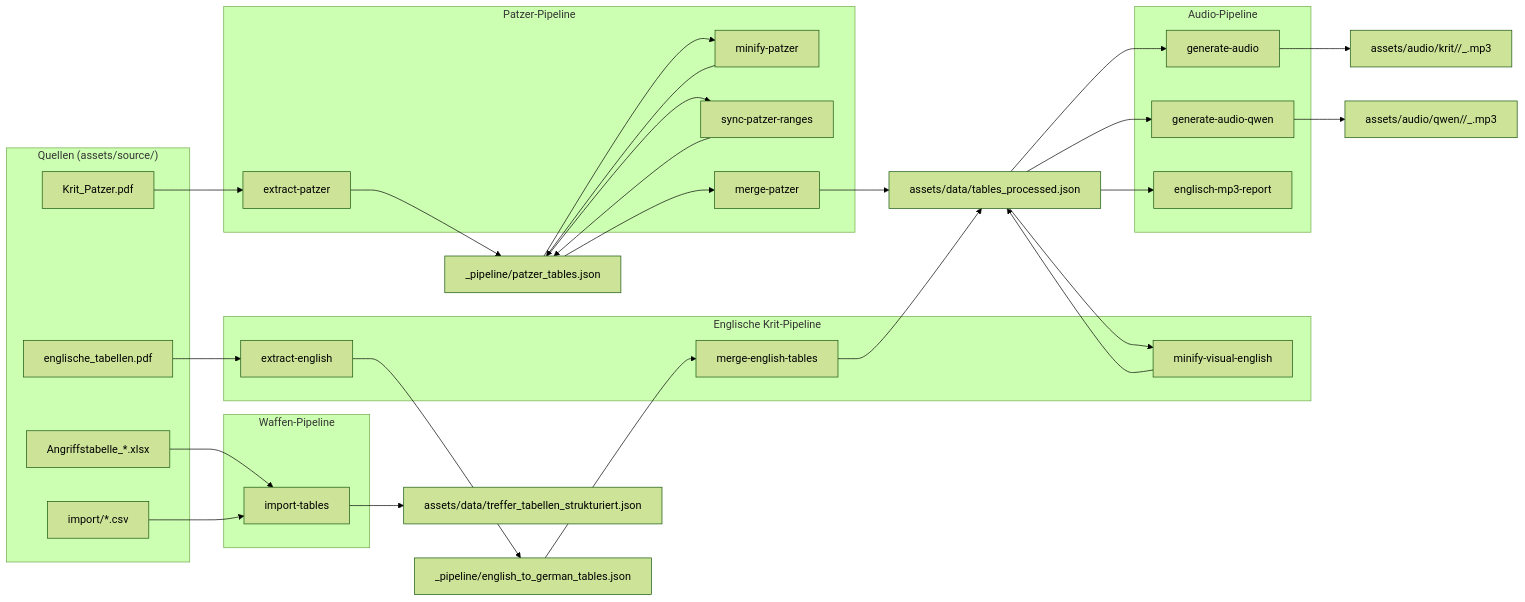
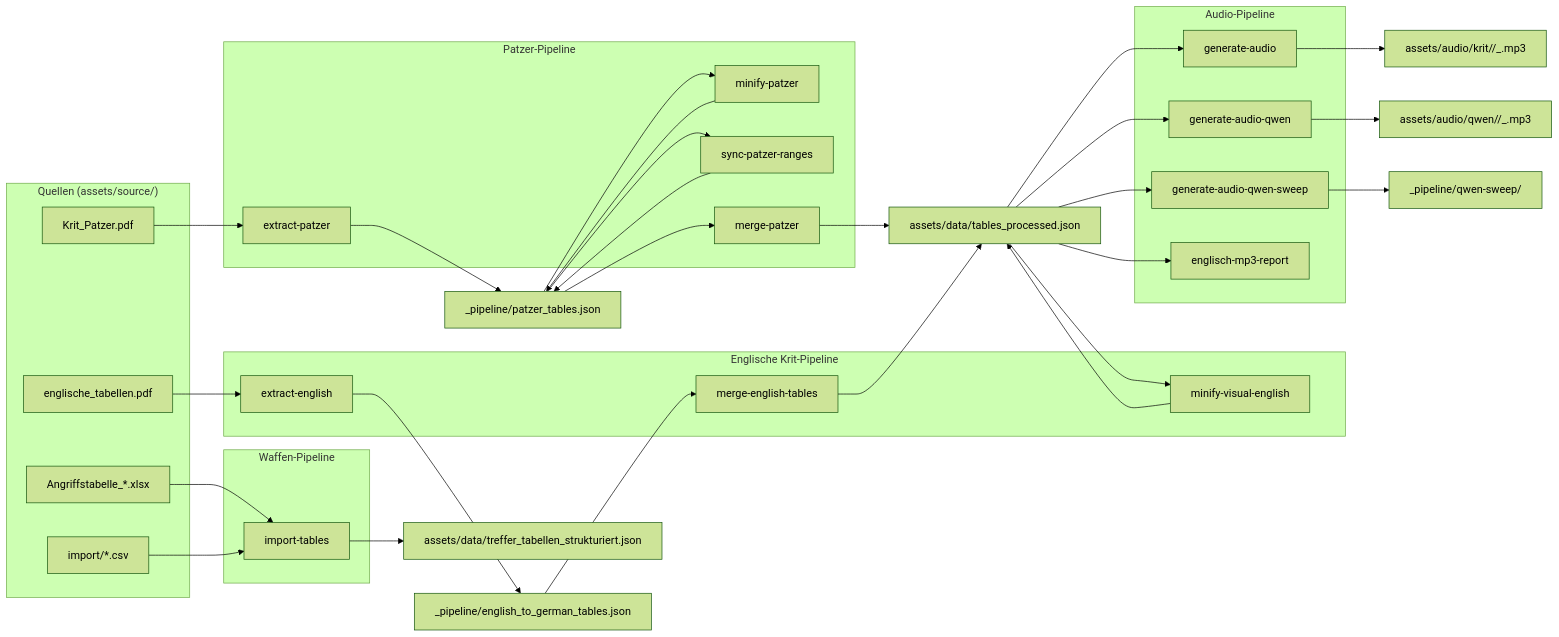
The diagram in docs/DATA-PIPELINE.md (i3el4/merp-kritische-treffer), drawn with Mermaid (forest theme) before and after one commit. The commit also changed other lines of this file and 9 other files, not shown here.

First line of the commit message:
Qwen-Sampler-Sweep für nächtliche Einstellungsvergleiche.

````diff
--- a/docs/DATA-PIPELINE.md
+++ b/docs/DATA-PIPELINE.md
@@ -11,48 +11,50 @@
 ```mermaid
 flowchart LR
     subgraph Quellen["Quellen (assets/source/)"]
         PdfPatzer[Krit_Patzer.pdf]
         PdfEnglisch[englische_tabellen.pdf]
         XlsxWaffen[Angriffstabelle_*.xlsx]
         Csv[import/*.csv]
     end
 
     subgraph PipelinePatzer["Patzer-Pipeline"]
         ExtractPatzer[extract-patzer]
         MinifyPatzer[minify-patzer]
         SyncRanges[sync-patzer-ranges]
         MergePatzer[merge-patzer]
     end
 
     subgraph PipelineEnglisch["Englische Krit-Pipeline"]
         ExtractEnglish[extract-english]
         MergeEnglish[merge-english-tables]
         MinifyEnglish[minify-visual-english]
     end
 
     subgraph PipelineWaffen["Waffen-Pipeline"]
         ImportTables[import-tables]
     end
 
     subgraph PipelineAudio["Audio-Pipeline"]
         GenAudio[generate-audio]
         GenAudioQwen[generate-audio-qwen]
+        GenAudioQwenSweep[generate-audio-qwen-sweep]
         AudioReport[englisch-mp3-report]
     end
 
     PdfPatzer --> ExtractPatzer --> patzerJson["_pipeline/patzer_tables.json"]
     patzerJson --> MinifyPatzer --> patzerJson
     patzerJson --> SyncRanges --> patzerJson
     patzerJson --> MergePatzer --> tablesProcessed["assets/data/tables_processed.json"]
 
     PdfEnglisch --> ExtractEnglish --> englishJson["_pipeline/english_to_german_tables.json"]
     englishJson --> MergeEnglish --> tablesProcessed
     tablesProcessed --> MinifyEnglish --> tablesProcessed
 
     XlsxWaffen --> ImportTables --> trefferJson["assets/data/treffer_tabellen_strukturiert.json"]
     Csv --> ImportTables
 
     tablesProcessed --> GenAudio --> AudioFiles["assets/audio/krit/<tableSlug>/<KAT>_<RANGE>.mp3"]
     tablesProcessed --> GenAudioQwen --> AudioQwen["assets/audio/qwen/<tableSlug>/<KAT>_<RANGE>.mp3"]
+    tablesProcessed --> GenAudioQwenSweep --> AudioSweep["_pipeline/qwen-sweep/"]
     tablesProcessed --> AudioReport
 ```
````
